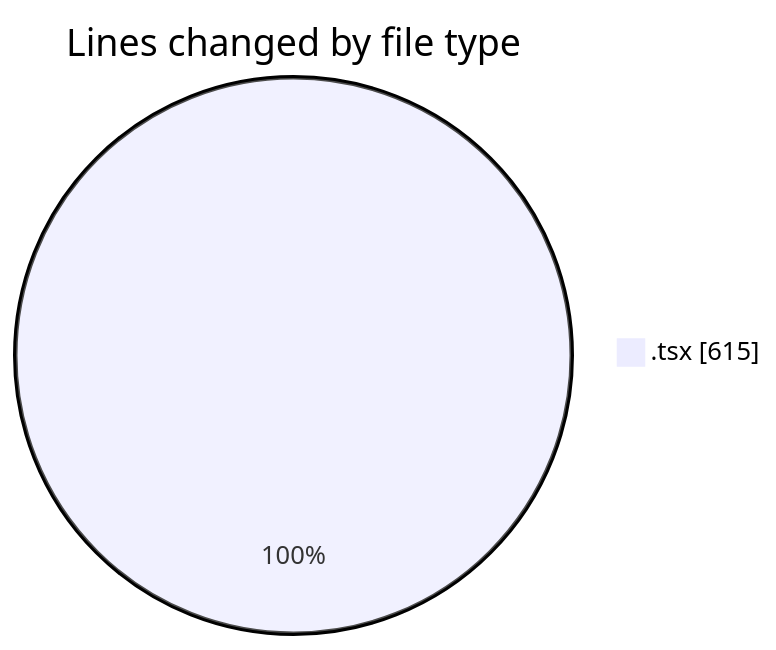
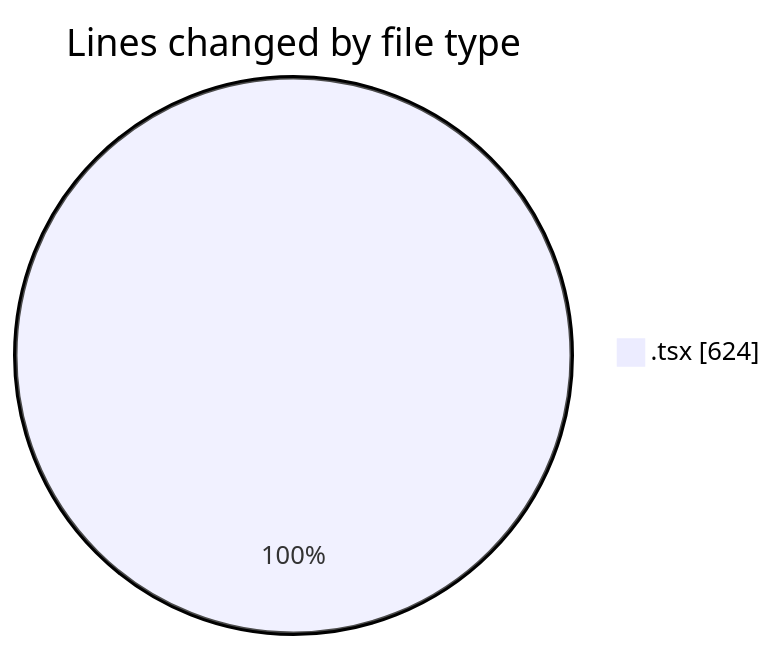
Before and after one commit to NitaiMahat/code-tracking: the first of 2 diagrams in 2025-08-06/pif/README.md, drawn with Mermaid. The commit also changed other lines of this file and 1 other file, not shown here.

````diff
--- a/2025-08-06/pif/README.md
+++ b/2025-08-06/pif/README.md
@@ -21,5 +21,5 @@
 ```mermaid
 pie showData
 title Lines changed by file type
-".tsx" : 615
+".tsx" : 624
 ```
````
